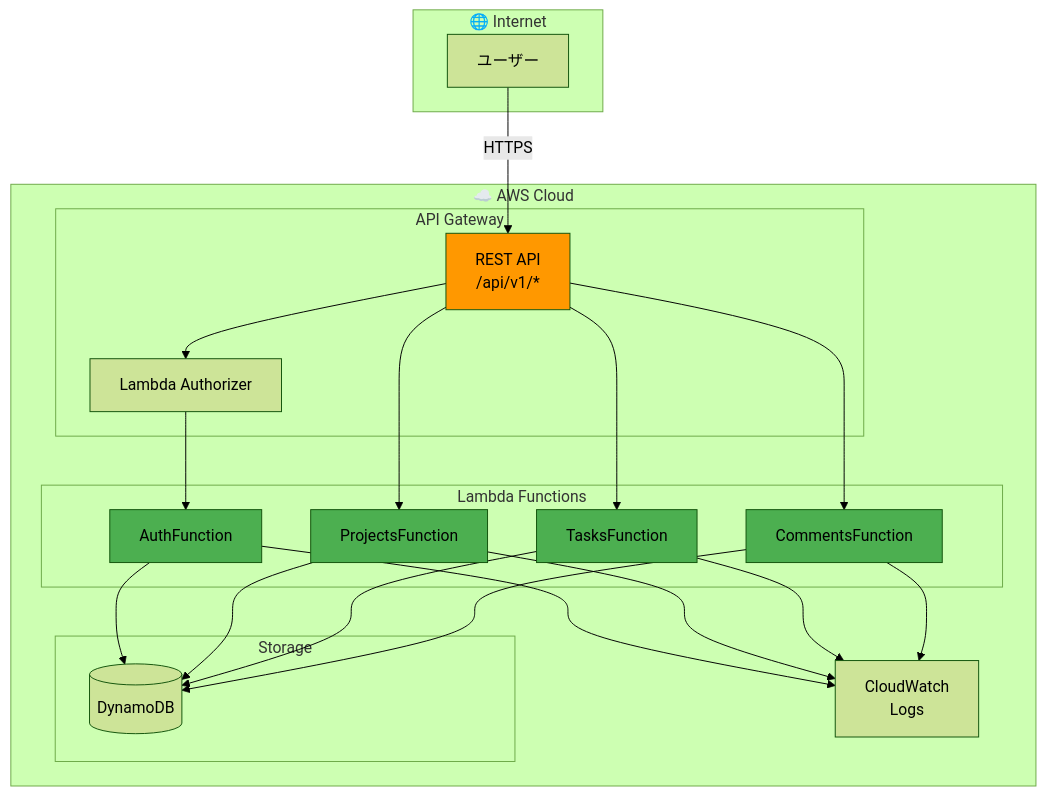
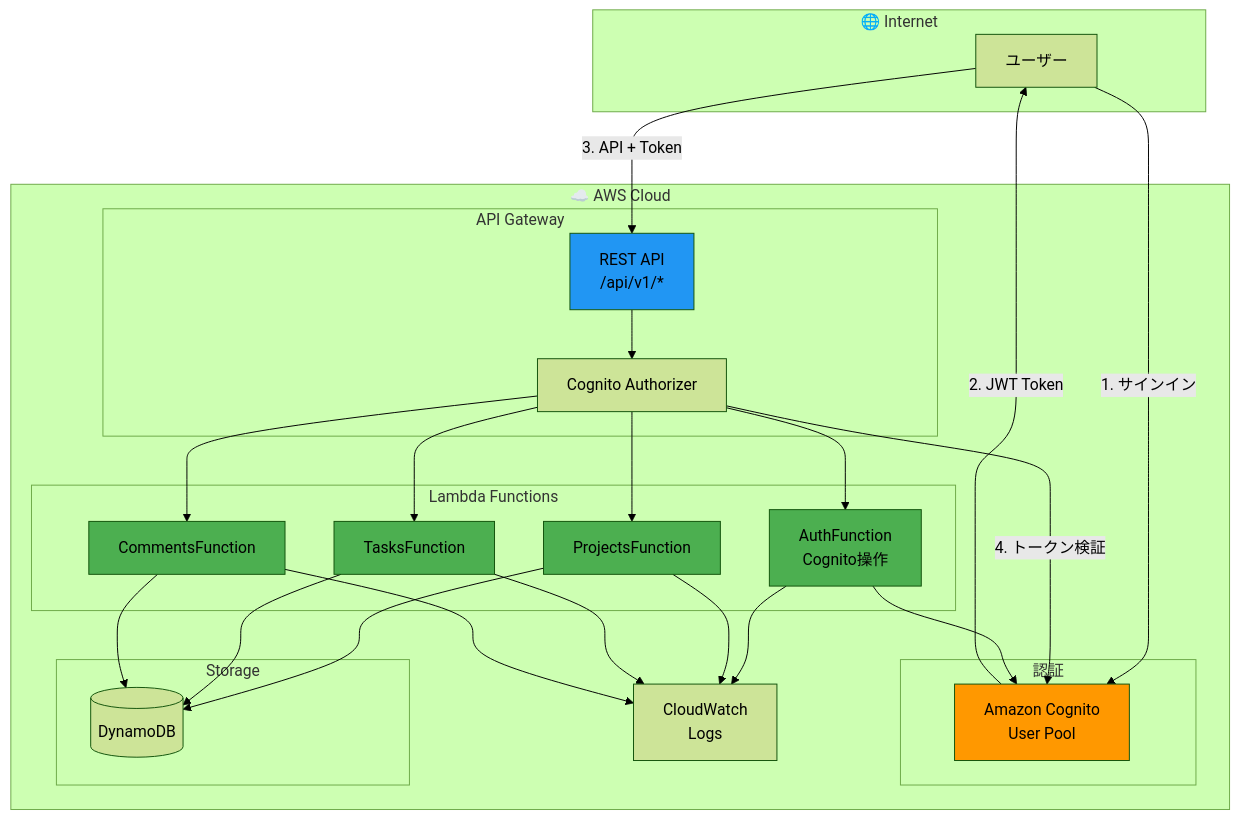
Before and after one commit to sattva-improve/auto_deploy: the first of 2 diagrams in docs/guides/aws-lambda-deployment.md, drawn with Mermaid (forest theme). The commit also changed other lines of this file and 2 other files, not shown here.

````diff
--- a/docs/guides/aws-lambda-deployment.md
+++ b/docs/guides/aws-lambda-deployment.md
@@ -78,47 +80,55 @@
 ```mermaid
 flowchart TB
     subgraph Internet["🌐 Internet"]
         User[ユーザー]
     end
     
     subgraph AWS["☁️ AWS Cloud"]
+        subgraph Auth["認証"]
+            Cognito[Amazon Cognito<br>User Pool]
+        end
+        
         subgraph APIGW["API Gateway"]
             REST[REST API<br>/api/v1/*]
-            Auth[Lambda Authorizer]
+            CogAuth[Cognito Authorizer]
         end
         
         subgraph Lambda["Lambda Functions"]
-            L1[AuthFunction]
+            L1[AuthFunction<br>Cognito操作]
             L2[ProjectsFunction]
             L3[TasksFunction]
             L4[CommentsFunction]
         end
         
         subgraph Storage["Storage"]
             DDB[(DynamoDB)]
         end
         
         CW[CloudWatch<br>Logs]
     end
     
-    User -->|HTTPS| REST
-    REST --> Auth
-    Auth --> L1
-    REST --> L2
-    REST --> L3
-    REST --> L4
-    L1 --> DDB
+    User -->|1. サインイン| Cognito
+    Cognito -->|2. JWT Token| User
+    User -->|3. API + Token| REST
+    REST --> CogAuth
+    CogAuth -->|4. トークン検証| Cognito
+    CogAuth --> L1
+    CogAuth --> L2
+    CogAuth --> L3
+    CogAuth --> L4
+    L1 --> Cognito
     L2 --> DDB
     L3 --> DDB
     L4 --> DDB
     L1 --> CW
     L2 --> CW
     L3 --> CW
     L4 --> CW
     
-    style REST fill:#ff9800
+    style Cognito fill:#ff9800
+    style REST fill:#2196f3
     style L1 fill:#4caf50
     style L2 fill:#4caf50
     style L3 fill:#4caf50
     style L4 fill:#4caf50
 ```
````
